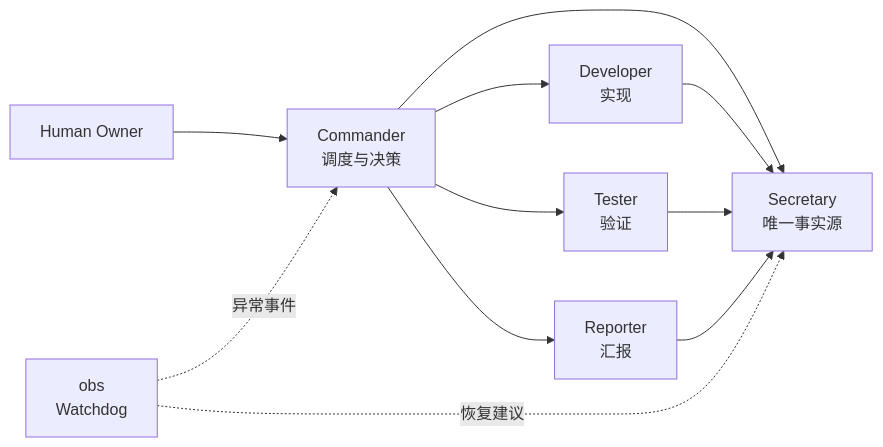
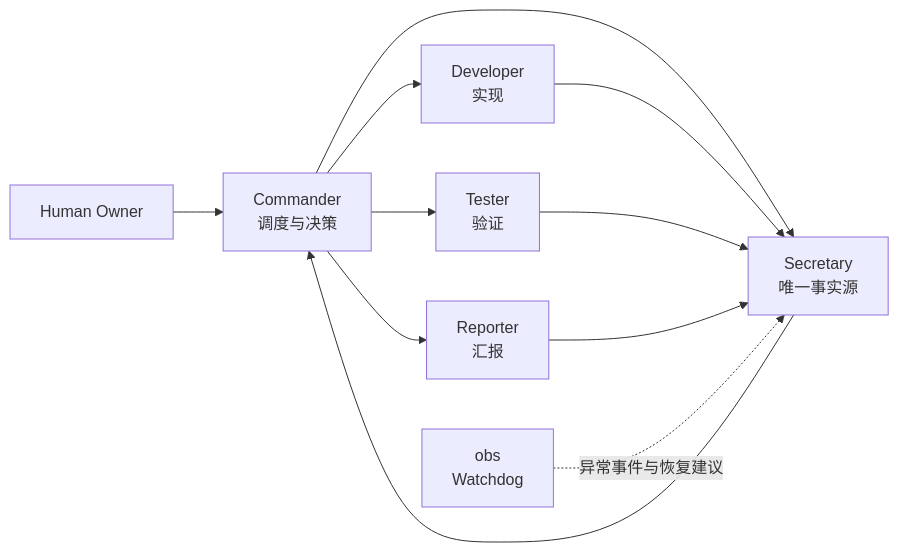
One commit to jay77721/CXWorkflow changed the first of 2 diagrams in README.md. Above: the diagram before and after it, drawn with Mermaid. The commit also changed other lines of this file and 6 other files, not shown here.

````diff
--- a/README.md
+++ b/README.md
@@ -83,13 +103,13 @@
 ```mermaid
 flowchart LR
     User[Human Owner] --> Commander[Commander<br/>调度与决策]
     Commander --> Developer[Developer<br/>实现]
+    Commander --> Secretary[Secretary<br/>唯一事实源]
+    Secretary --> Commander
     Commander --> Tester[Tester<br/>验证]
     Commander --> Reporter[Reporter<br/>汇报]
-    Commander --> Secretary[Secretary<br/>唯一事实源]
     Developer --> Secretary
     Tester --> Secretary
     Reporter --> Secretary
-    Watchdog[obs<br/>Watchdog] -.异常事件.-> Commander
-    Watchdog -.恢复建议.-> Secretary
+    Watchdog[obs<br/>Watchdog] -.异常事件与恢复建议.-> Secretary
 ```
````
